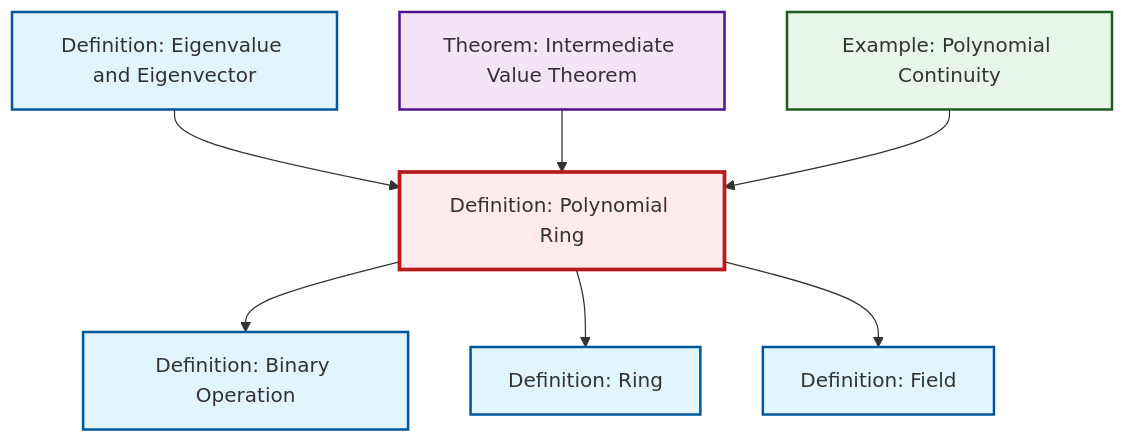
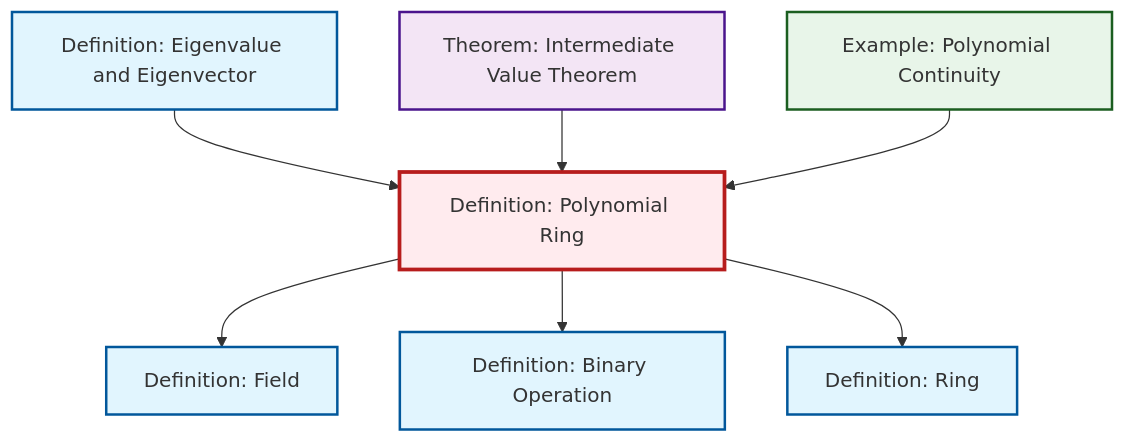
One commit to RK0429/ModernMath changed the diagram in content/en/algebra/def-polynomial-ring.qmd. Above: the diagram before and after it, drawn with Mermaid. The commit also changed other lines of this file and 491 other files, not shown here.

````diff
--- a/content/en/algebra/def-polynomial-ring.qmd
+++ b/content/en/algebra/def-polynomial-ring.qmd
@@ -93,29 +93,29 @@
 ```{mermaid}
 %%| fig-cap: "Local dependency graph"
 graph TD
     classDef definition fill:#e1f5fe,stroke:#01579b,stroke-width:2px
     classDef theorem fill:#f3e5f5,stroke:#4a148c,stroke-width:2px
     classDef axiom fill:#fff3e0,stroke:#e65100,stroke-width:2px
     classDef example fill:#e8f5e9,stroke:#1b5e20,stroke-width:2px
     classDef current fill:#ffebee,stroke:#b71c1c,stroke-width:3px
+    def-binary-operation["Definition: Binary Operation"]:::definition
+    def-eigenvalue-eigenvector["Definition: Eigenvalue and Eigenvector"]:::definition
+    thm-intermediate-value["Theorem: Intermediate Value Theorem"]:::theorem
     def-polynomial-ring["Definition: Polynomial Ring"]:::definition
-    thm-intermediate-value["Theorem: Intermediate Value Theorem"]:::theorem
-    def-binary-operation["Definition: Binary Operation"]:::definition
     def-field["Definition: Field"]:::definition
+    def-ring["Definition: Ring"]:::definition
     ex-polynomial-continuity["Example: Polynomial Continuity"]:::example
-    def-ring["Definition: Ring"]:::definition
-    def-eigenvalue-eigenvector["Definition: Eigenvalue and Eigenvector"]:::definition
+    def-polynomial-ring --> def-field
     def-eigenvalue-eigenvector --> def-polynomial-ring
+    thm-intermediate-value --> def-polynomial-ring
+    ex-polynomial-continuity --> def-polynomial-ring
     def-polynomial-ring --> def-binary-operation
-    thm-intermediate-value --> def-polynomial-ring
     def-polynomial-ring --> def-ring
-    def-polynomial-ring --> def-field
-    ex-polynomial-continuity --> def-polynomial-ring
     class def-polynomial-ring current
+    click def-binary-operation "def-binary-operation.html" "Go to Binary Operation definition"
+    click def-eigenvalue-eigenvector "def-eigenvalue-eigenvector.html" "Go to Eigenvalue and Eigenvector definition"
     click thm-intermediate-value "thm-intermediate-value.html" "Go to Intermediate Value Theorem theorem"
-    click def-binary-operation "def-binary-operation.html" "Go to Binary Operation definition"
     click def-field "def-field.html" "Go to Field definition"
+    click def-ring "def-ring.html" "Go to Ring definition"
     click ex-polynomial-continuity "ex-polynomial-continuity.html" "Go to Polynomial Continuity example"
-    click def-ring "def-ring.html" "Go to Ring definition"
-    click def-eigenvalue-eigenvector "def-eigenvalue-eigenvector.html" "Go to Eigenvalue and Eigenvector definition"
 ```
````
